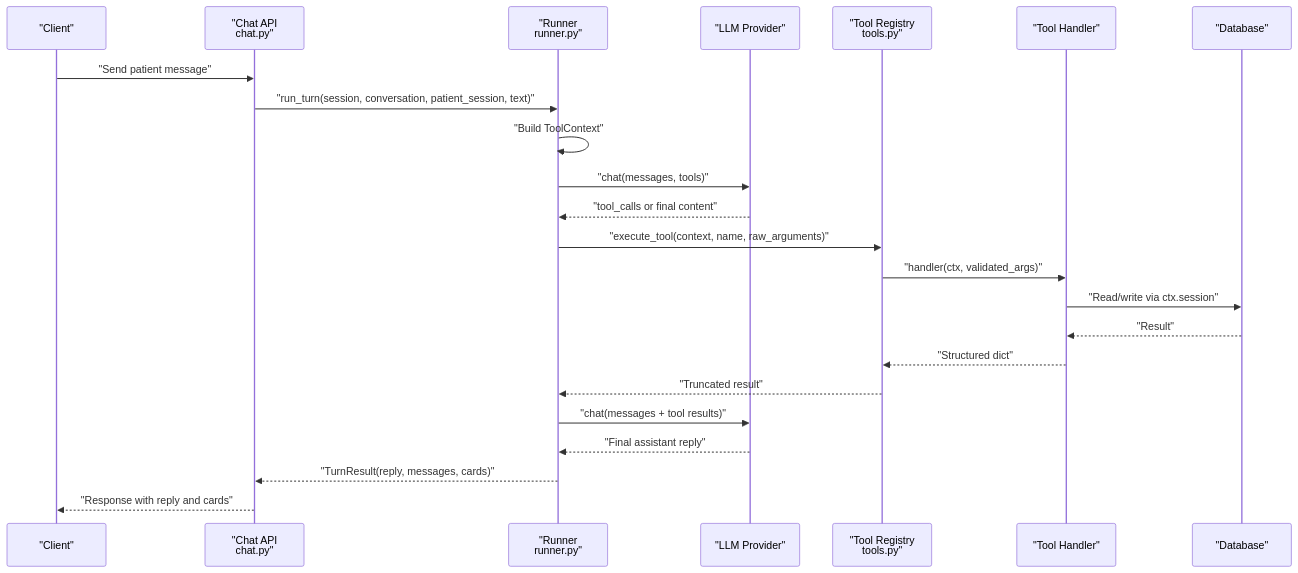
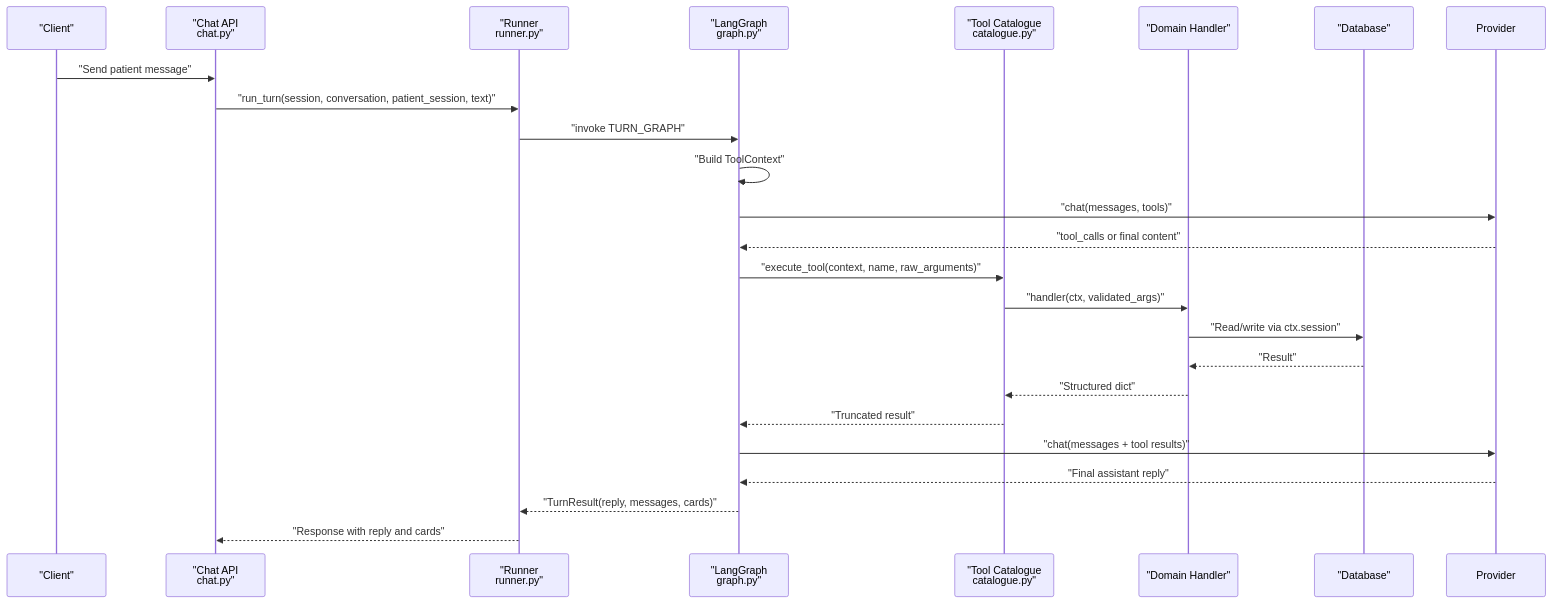
One commit to gokulkaarthicks/dental-chatbot changed the second of 5 diagrams in .qoder/repowiki/en/content/AI Agent System/Tool Architecture/Tool Architecture.md. Above: the diagram before and after it, drawn with Mermaid. The commit also changed other lines of this file and 280 other files, not shown here.

````diff
--- a/.qoder/repowiki/en/content/AI Agent System/Tool Architecture/Tool Architecture.md
+++ b/.qoder/repowiki/en/content/AI Agent System/Tool Architecture/Tool Architecture.md
@@ -119,25 +144,26 @@
 ```mermaid
 sequenceDiagram
 participant Client as "Client"
 participant API as "Chat API<br/>chat.py"
 participant Runner as "Runner<br/>runner.py"
-participant Provider as "LLM Provider"
-participant Registry as "Tool Registry<br/>tools.py"
-participant Handler as "Tool Handler"
+participant Graph as "LangGraph<br/>graph.py"
+participant Catalogue as "Tool Catalogue<br/>catalogue.py"
+participant Handler as "Domain Handler"
 participant DB as "Database"
 Client->>API : "Send patient message"
 API->>Runner : "run_turn(session, conversation, patient_session, text)"
-Runner->>Runner : "Build ToolContext"
-Runner->>Provider : "chat(messages, tools)"
-Provider-->>Runner : "tool_calls or final content"
-Runner->>Registry : "execute_tool(context, name, raw_arguments)"
-Registry->>Handler : "handler(ctx, validated_args)"
+Runner->>Graph : "invoke TURN_GRAPH"
+Graph->>Graph : "Build ToolContext"
+Graph->>Provider : "chat(messages, tools)"
+Provider-->>Graph : "tool_calls or final content"
+Graph->>Catalogue : "execute_tool(context, name, raw_arguments)"
+Catalogue->>Handler : "handler(ctx, validated_args)"
 Handler->>DB : "Read/write via ctx.session"
 DB-->>Handler : "Result"
-Handler-->>Registry : "Structured dict"
-Registry-->>Runner : "Truncated result"
-Runner->>Provider : "chat(messages + tool results)"
-Provider-->>Runner : "Final assistant reply"
-Runner-->>API : "TurnResult(reply, messages, cards)"
-API-->>Client : "Response with reply and cards"
+Handler-->>Catalogue : "Structured dict"
+Catalogue-->>Graph : "Truncated result"
+Graph->>Provider : "chat(messages + tool results)"
+Provider-->>Graph : "Final assistant reply"
+Graph-->>Runner : "TurnResult(reply, messages, cards)"
+Runner-->>API : "Response with reply and cards"
 ```
````
